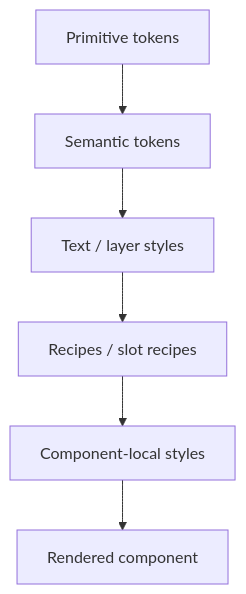
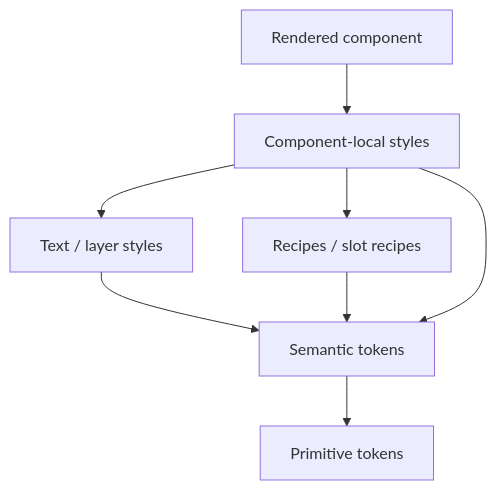
One commit to AndresTaoFlorez/software-architecture changed the first of 7 diagrams in frontend/styling-and-design-system.md. Above: the diagram before and after it, drawn with Mermaid. The commit also changed other lines of this file and 6 other files, not shown here.

````diff
--- a/frontend/styling-and-design-system.md
+++ b/frontend/styling-and-design-system.md
@@ -13,4 +13,10 @@
 ```mermaid
 flowchart TD
-    P["Primitive tokens"] --> S["Semantic tokens"] --> T["Text / layer styles"] --> R["Recipes / slot recipes"] --> C["Component-local styles"] --> V["Rendered component"]
+    S["Semantic tokens"] --> P["Primitive tokens"]
+    T["Text / layer styles"] --> S
+    R["Recipes / slot recipes"] --> S
+    C["Component-local styles"] --> S
+    C --> T
+    C --> R
+    V["Rendered component"] --> C
 ```
````
